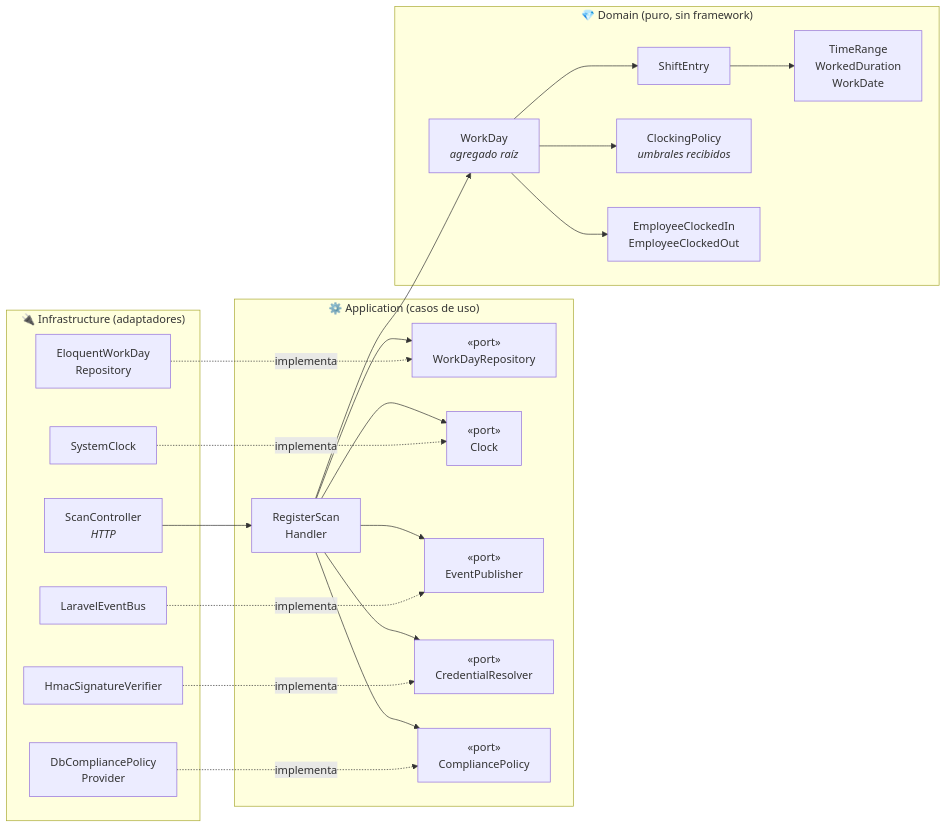
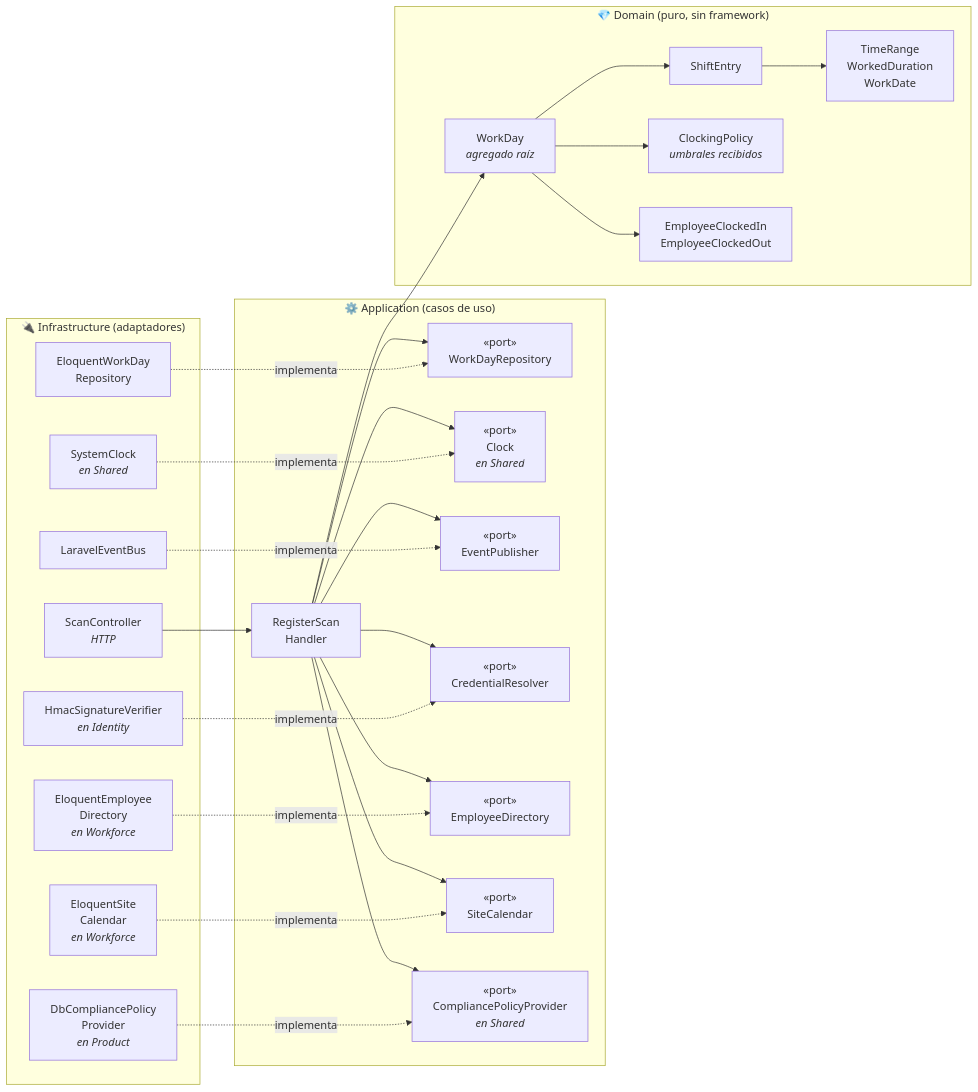
Before and after one commit to BorjaPeonSaiz/KronoQR: the third of 6 diagrams in docs/02-stack-tecnologico-y-plan-implementacion.md, drawn with Mermaid. The commit also changed other lines of this file and 22 other files, not shown here.

````diff
--- a/docs/02-stack-tecnologico-y-plan-implementacion.md
+++ b/docs/02-stack-tecnologico-y-plan-implementacion.md
@@ -123,45 +123,53 @@
 ```mermaid
 graph LR
     subgraph INFRA["🔌 Infrastructure (adaptadores)"]
         CTRL["ScanController<br/><i>HTTP</i>"]
         REPO["EloquentWorkDay<br/>Repository"]
-        CLOCK["SystemClock"]
+        CLOCK["SystemClock<br/><i>en Shared</i>"]
         BUS["LaravelEventBus"]
-        SIGN["HmacSignatureVerifier"]
-        POL["DbCompliancePolicy<br/>Provider"]
+        SIGN["HmacSignatureVerifier<br/><i>en Identity</i>"]
+        DIR["EloquentEmployee<br/>Directory<br/><i>en Workforce</i>"]
+        CAL["EloquentSite<br/>Calendar<br/><i>en Workforce</i>"]
+        POL["DbCompliancePolicy<br/>Provider<br/><i>en Product</i>"]
     end
 
     subgraph APP["⚙️ Application (casos de uso)"]
         UC["RegisterScan<br/>Handler"]
         PORT_R["«port»<br/>WorkDayRepository"]
-        PORT_C["«port»<br/>Clock"]
+        PORT_C["«port»<br/>Clock<br/><i>en Shared</i>"]
         PORT_B["«port»<br/>EventPublisher"]
         PORT_S["«port»<br/>CredentialResolver"]
-        PORT_P["«port»<br/>CompliancePolicy"]
+        PORT_E["«port»<br/>EmployeeDirectory"]
+        PORT_T["«port»<br/>SiteCalendar"]
+        PORT_P["«port»<br/>CompliancePolicyProvider<br/><i>en Shared</i>"]
     end
 
     subgraph DOM["💎 Domain (puro, sin framework)"]
         WD["WorkDay<br/><i>agregado raíz</i>"]
         SE["ShiftEntry"]
         VO["TimeRange<br/>WorkedDuration<br/>WorkDate"]
         CP["ClockingPolicy<br/><i>umbrales recibidos</i>"]
         EV["EmployeeClockedIn<br/>EmployeeClockedOut"]
     end
 
     CTRL --> UC
     UC --> PORT_R
     UC --> PORT_C
     UC --> PORT_B
     UC --> PORT_S
+    UC --> PORT_E
+    UC --> PORT_T
     UC --> PORT_P
     REPO -.implementa.-> PORT_R
     CLOCK -.implementa.-> PORT_C
     BUS -.implementa.-> PORT_B
     SIGN -.implementa.-> PORT_S
+    DIR -.implementa.-> PORT_E
+    CAL -.implementa.-> PORT_T
     POL -.implementa.-> PORT_P
     UC --> WD
     WD --> SE
     WD --> CP
     SE --> VO
     WD --> EV
 ```
````
